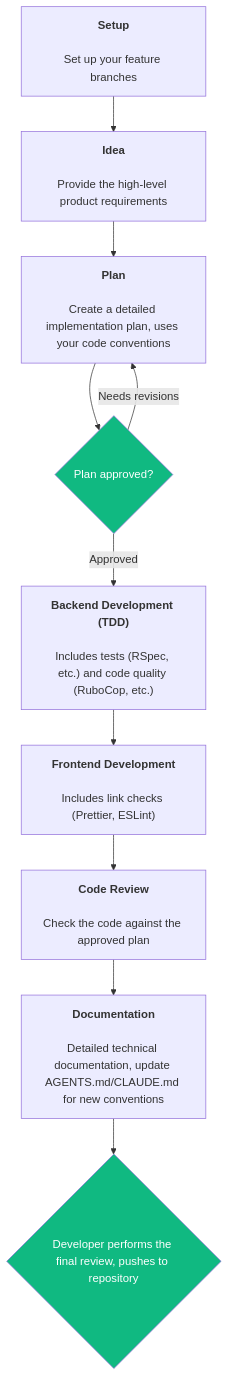
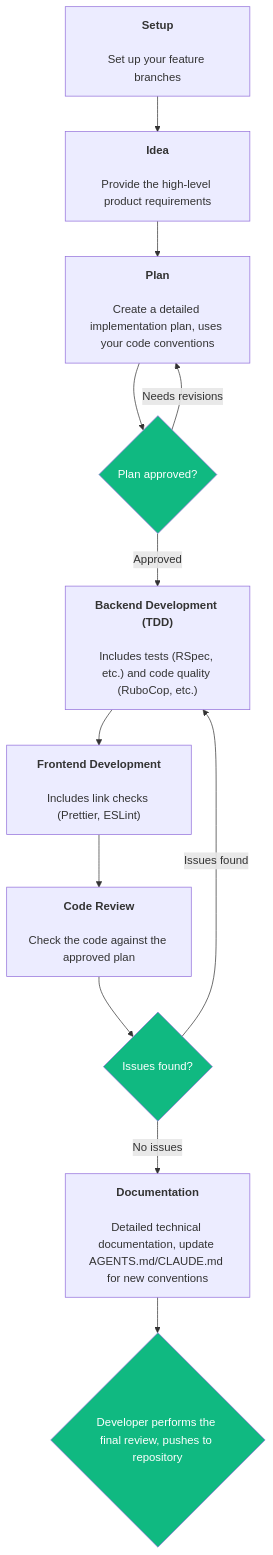
Before and after one commit to marvs/kantan-dev: the diagram in README.md, drawn with Mermaid.

Commit message:
Add decision after code review

````diff
--- a/README.md
+++ b/README.md
@@ -5,14 +5,17 @@
 ```mermaid
 flowchart TD
     A["<b>Setup</b><br/><br/>Set up your feature branches"] --> B["<b>Idea</b><br/><br/>Provide the high-level product requirements"]
     B --> C["<b>Plan</b><br/><br/>Create a detailed implementation plan, uses your code conventions"]
     C --> G1{"Plan approved?"}
     G1 -->|Needs revisions| C
     G1 -->|Approved| D["<b>Backend Development (TDD)</b><br/><br/>Includes tests (RSpec, etc.) and code quality (RuboCop, etc.)"]
     D --> E["<b>Frontend Development</b><br/><br/>Includes link checks (Prettier, ESLint)"]
     E --> R["<b>Code Review</b><br/><br/>Check the code against the approved plan"]
-    R --> F["<b>Documentation</b><br/><br/>Detailed technical documentation, update AGENTS.md/CLAUDE.md for new conventions"]
-    F --> G2{"Developer performs the final review, pushes to repository"}
+    R --> G2{"Issues found?"}
+    G2 -->|Issues found| D
+    G2 -->|No issues| F["<b>Documentation</b><br/><br/>Detailed technical documentation, update AGENTS.md/CLAUDE.md for new conventions"]
+    F --> G3{"Developer performs the final review, pushes to repository"}
     style G1 fill:#10B981,color:#fff
     style G2 fill:#10B981,color:#fff
+    style G3 fill:#10B981,color:#fff
 ```
````
